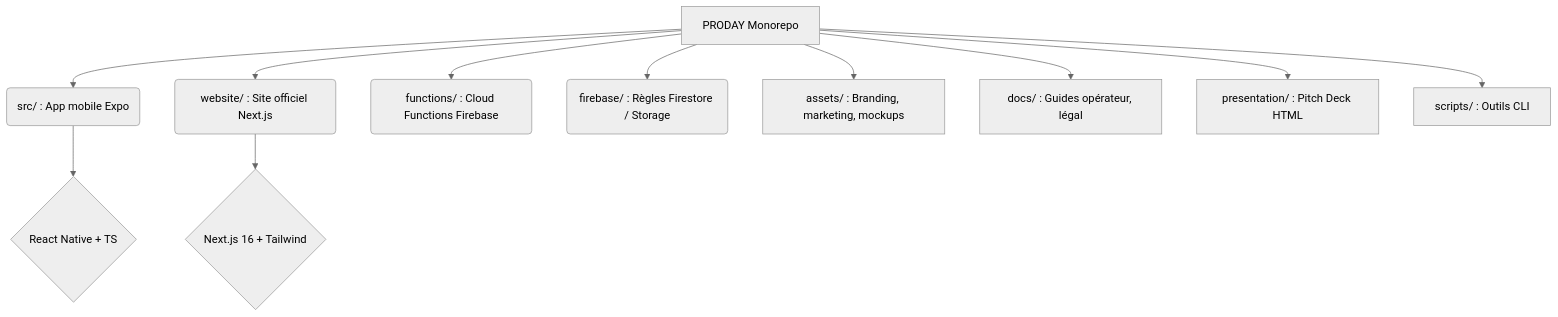
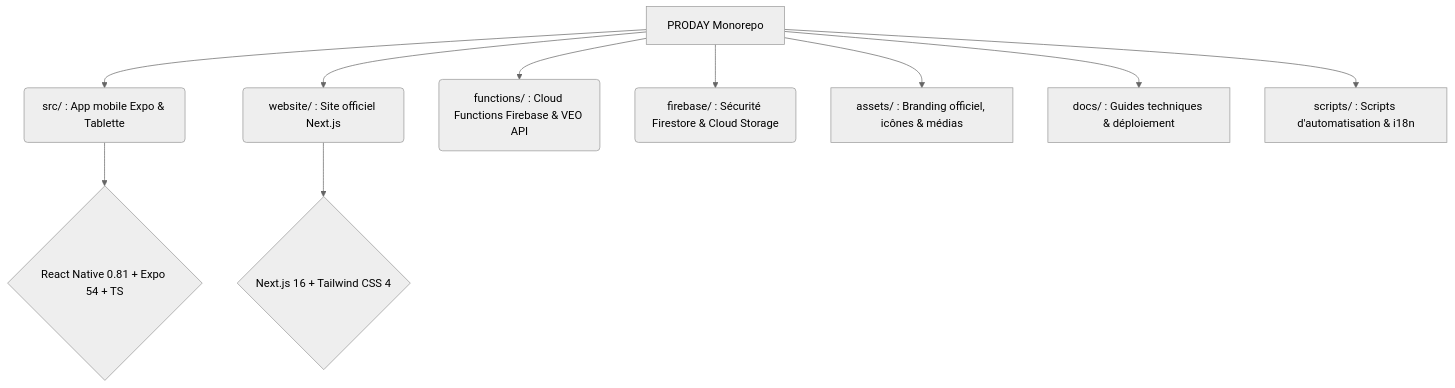
The diagram in README.md (alfredgibeau-ahoussinou/PRODAY), drawn with Mermaid (neutral theme) before and after one commit. The commit also changed other lines of this file and 5 other files, not shown here.

````diff
--- a/README.md
+++ b/README.md
@@ -53,15 +52,14 @@
 ```mermaid
 graph TD
-    A[PRODAY Monorepo] --> B(src/ : App mobile Expo)
+    A[PRODAY Monorepo] --> B(src/ : App mobile Expo & Tablette)
     A --> C(website/ : Site officiel Next.js)
-    A --> D(functions/ : Cloud Functions Firebase)
-    A --> E(firebase/ : Règles Firestore / Storage)
+    A --> D(functions/ : Cloud Functions Firebase & VEO API)
+    A --> E(firebase/ : Sécurité Firestore & Cloud Storage)
     
-    B --> F{React Native + TS}
-    C --> G{Next.js 16 + Tailwind}
+    B --> F{React Native 0.81 + Expo 54 + TS}
+    C --> G{Next.js 16 + Tailwind CSS 4}
     
-    A --> H[assets/ : Branding, marketing, mockups]
-    A --> I[docs/ : Guides opérateur, légal]
-    A --> J[presentation/ : Pitch Deck HTML]
-    A --> K[scripts/ : Outils CLI]
+    A --> H[assets/ : Branding officiel, icônes & médias]
+    A --> I[docs/ : Guides techniques & déploiement]
+    A --> K[scripts/ : Scripts d'automatisation & i18n]
 ```
````
